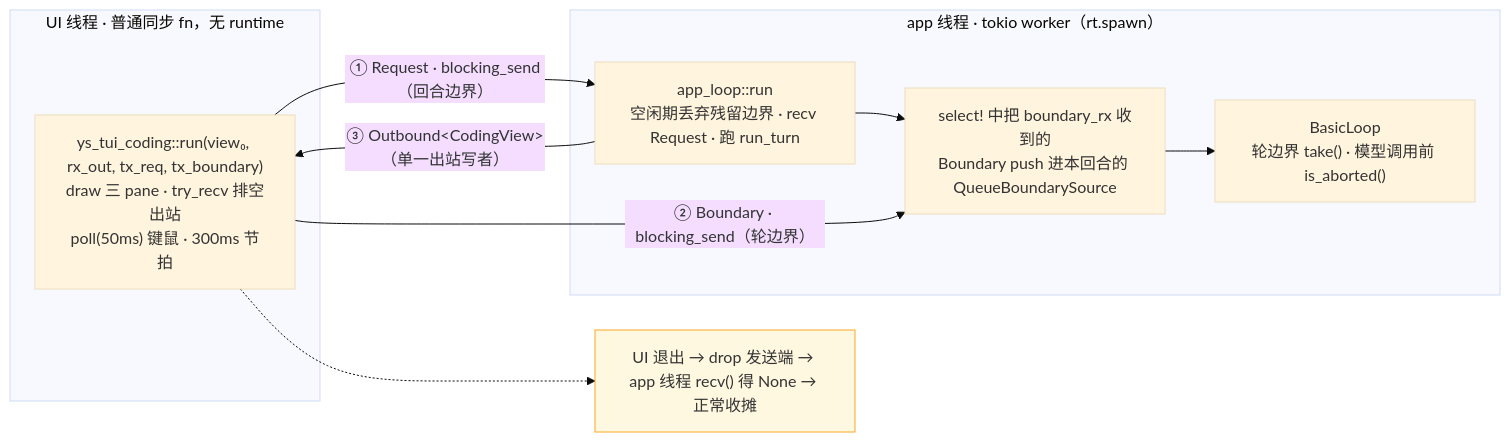
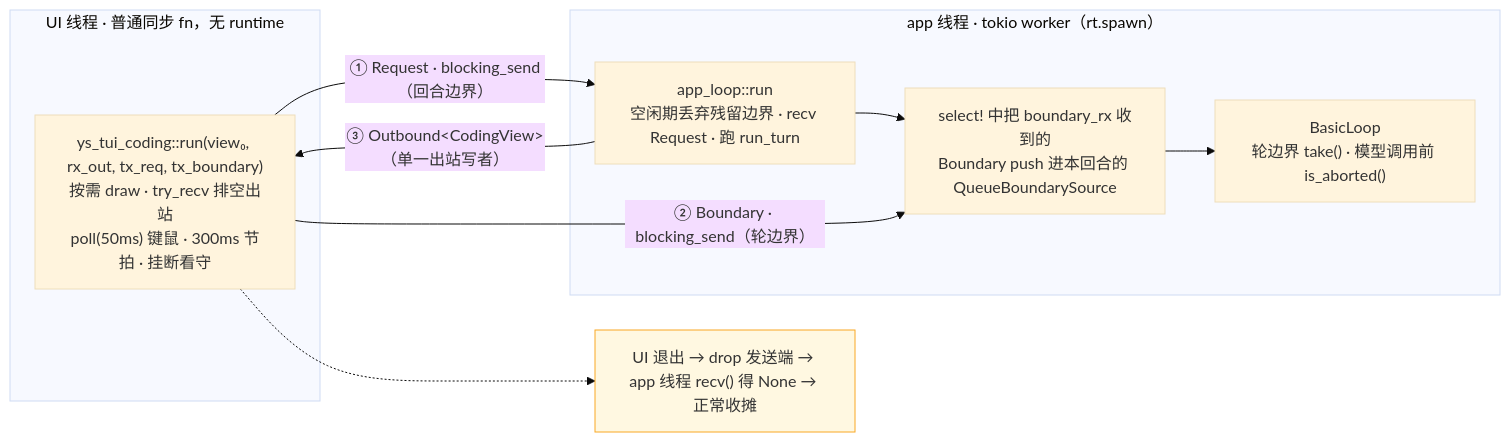
The third of 15 diagrams in docs/architecture.md (zsdfbb/YuShan), drawn with Mermaid (base theme) before and after one commit. The commit also changed 3 other files, not shown here.

````diff
--- a/docs/architecture.md
+++ b/docs/architecture.md
@@ -126,22 +126,22 @@
 ```mermaid
 flowchart LR
     subgraph UI["UI 线程 · 普通同步 fn，无 runtime"]
-        UIRUN["ys_tui_coding::run(view₀, rx_out, tx_req, tx_boundary)<br/>draw 三 pane · try_recv 排空出站<br/>poll(50ms) 键鼠 · 300ms 节拍"]
+        UIRUN["ys_tui_coding::run(view₀, rx_out, tx_req, tx_boundary)<br/>按需 draw · try_recv 排空出站<br/>poll(50ms) 键鼠 · 300ms 节拍 · 挂断看守"]
     end
 
     subgraph APP["app 线程 · tokio worker（rt.spawn）"]
         APPLOOP["app_loop::run<br/>空闲期丢弃残留边界 · recv Request · 跑 run_turn"]
         PUMP["select! 中把 boundary_rx 收到的<br/>Boundary push 进本回合的 QueueBoundarySource"]
         BL["BasicLoop<br/>轮边界 take() · 模型调用前 is_aborted()"]
         APPLOOP --> PUMP --> BL
     end
 
     UIRUN -->|"① Request · blocking_send（回合边界）"| APPLOOP
     UIRUN -->|"② Boundary · blocking_send（轮边界）"| PUMP
     APPLOOP -->|"③ Outbound&lt;CodingView&gt;（单一出站写者）"| UIRUN
 
     NOTE["UI 退出 → drop 发送端 → app 线程 recv() 得 None → 正常收摊"]:::note
     UIRUN -.-> NOTE
 
     classDef note fill:#fff8e1,stroke:#f9a825
 ```
````
